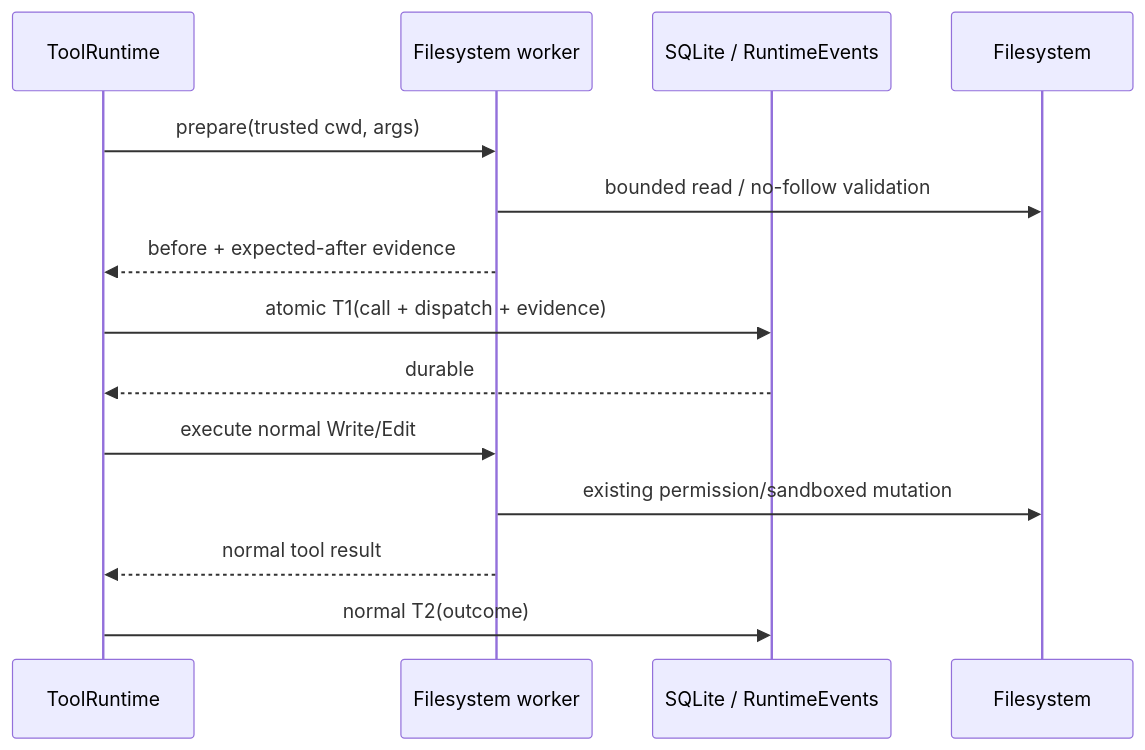
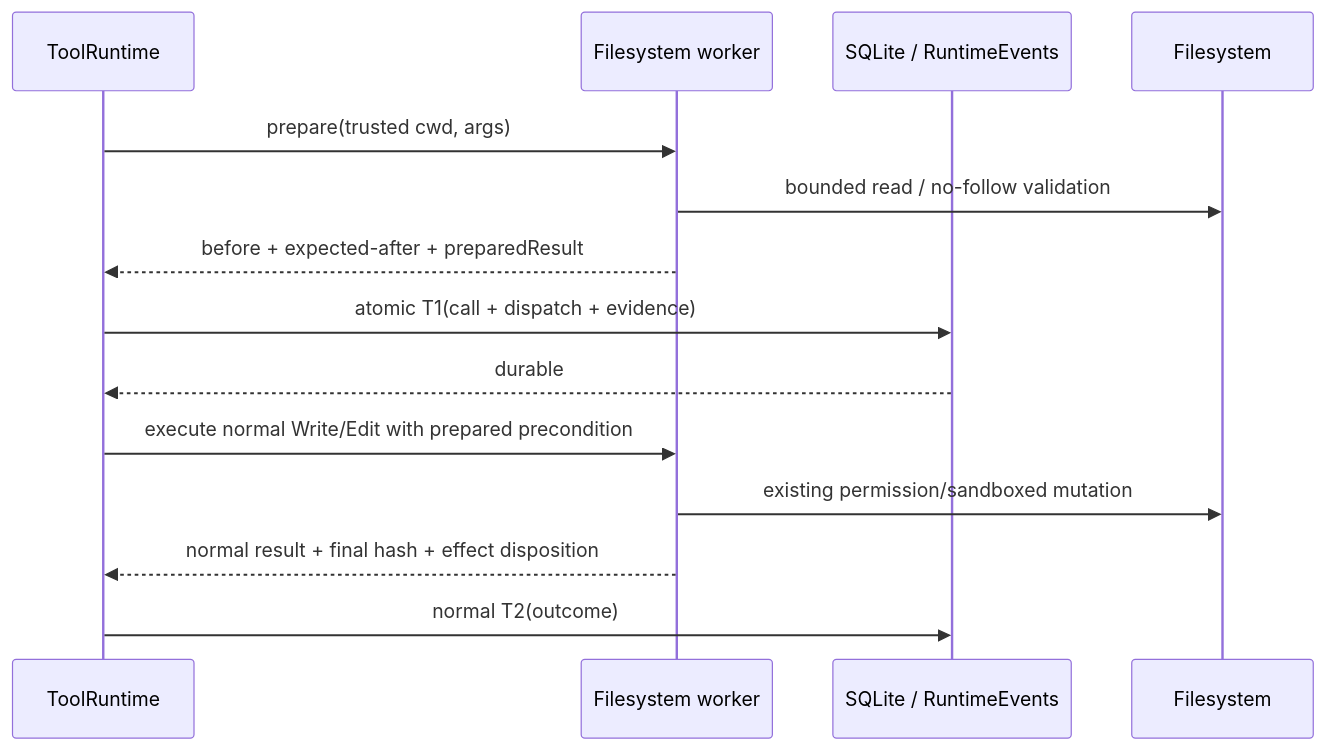
One commit to zhiiw/maka-agent changed the third of 5 diagrams in docs/architecture/runtime-resume-phase3-phase4-workspace-checkpoint-design.zh-CN.md. Above: the diagram before and after it, drawn with Mermaid. The commit also changed other lines of this file and 1 other file, not shown here.

Commit message:
docs(runtime): harden phase 3 recovery roadmap

````diff
--- a/docs/architecture/runtime-resume-phase3-phase4-workspace-checkpoint-design.zh-CN.md
+++ b/docs/architecture/runtime-resume-phase3-phase4-workspace-checkpoint-design.zh-CN.md
@@ -266,17 +418,17 @@
 ```mermaid
 sequenceDiagram
     participant R as ToolRuntime
     participant W as Filesystem worker
     participant S as SQLite / RuntimeEvents
     participant F as Filesystem
 
     R->>W: prepare(trusted cwd, args)
     W->>F: bounded read / no-follow validation
-    W-->>R: before + expected-after evidence
+    W-->>R: before + expected-after + preparedResult
     R->>S: atomic T1(call + dispatch + evidence)
     S-->>R: durable
-    R->>W: execute normal Write/Edit
+    R->>W: execute normal Write/Edit with prepared precondition
     W->>F: existing permission/sandboxed mutation
-    W-->>R: normal tool result
+    W-->>R: normal result + final hash + effect disposition
     R->>S: normal T2(outcome)
 ```
````
